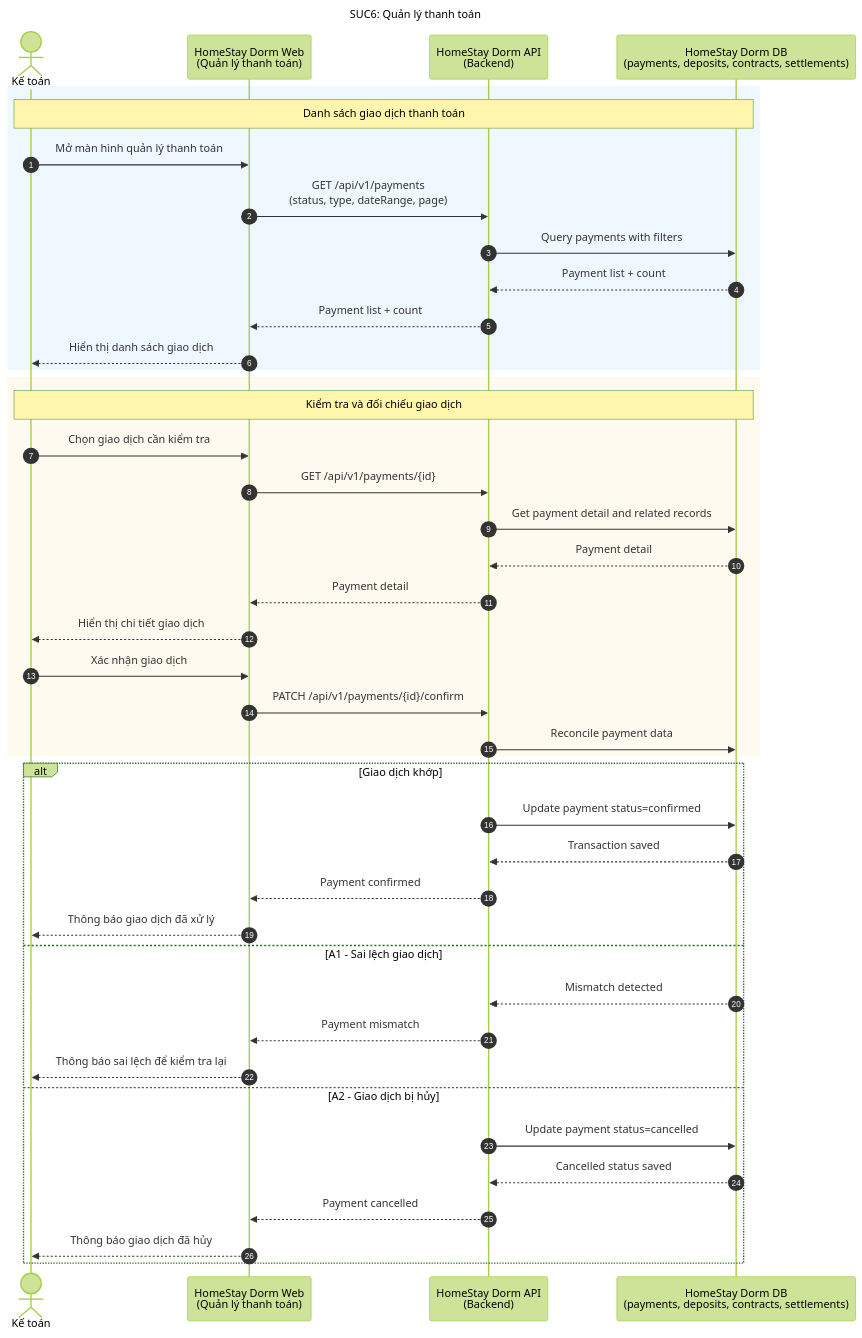
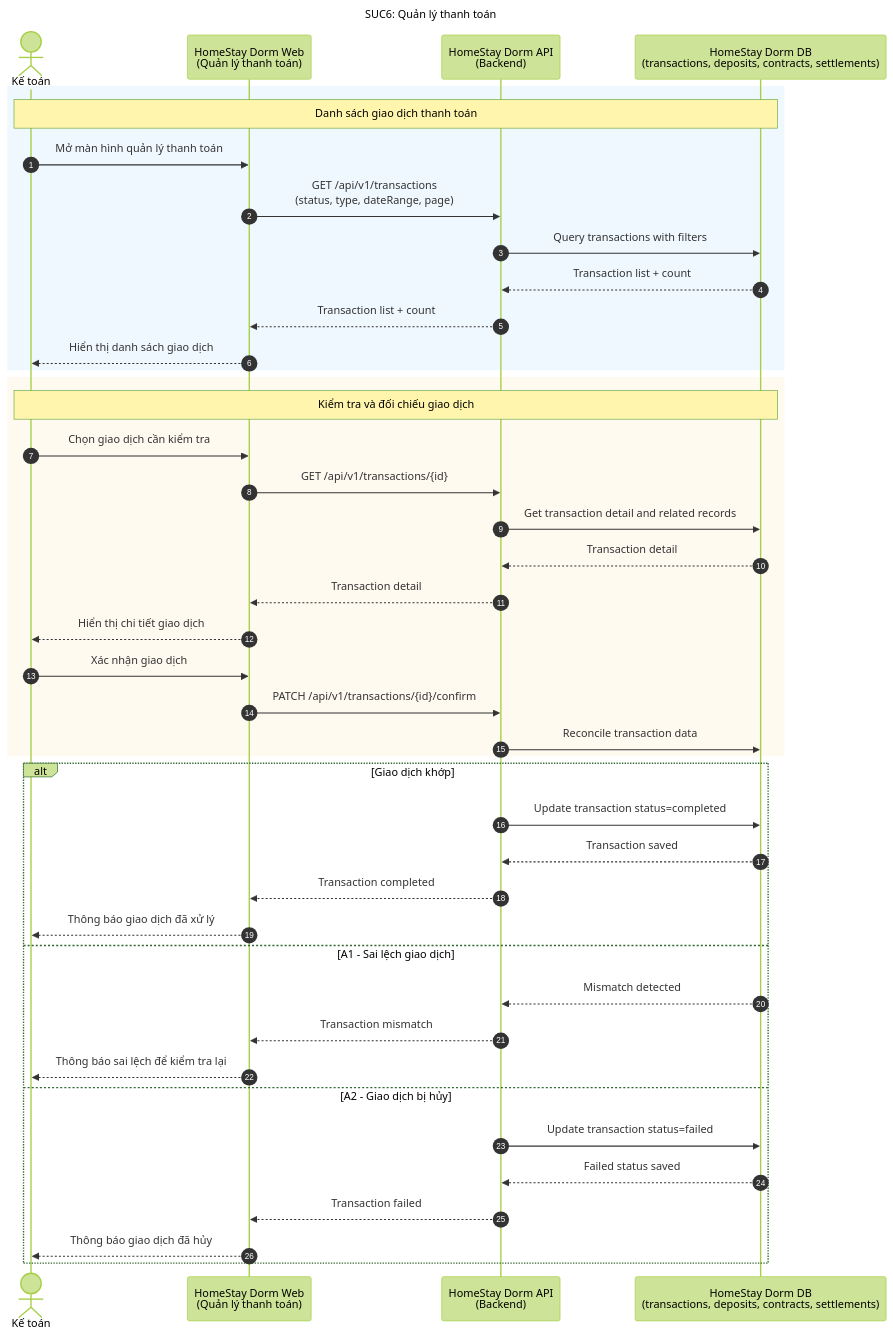
The diagram in docs/SUC/SUC06-quan-ly-thanh-toan.mmd (dinhdaivu/CSC12004_Information-Systems-Analysis-and-Design), drawn with Mermaid (forest theme) before and after one commit. The commit also changed 11 other files, not shown here.

```diff
--- a/docs/SUC/SUC06-quan-ly-thanh-toan.mmd
+++ b/docs/SUC/SUC06-quan-ly-thanh-toan.mmd
@@ -1,46 +1,46 @@
 sequenceDiagram
     title SUC6: Quản lý thanh toán
     autonumber
     actor A as Kế toán
     participant Web as HomeStay Dorm Web<br/>(Quản lý thanh toán)
     participant API as HomeStay Dorm API<br/>(Backend)
-    participant DB as HomeStay Dorm DB<br/>(payments, deposits, contracts, settlements)
+    participant DB as HomeStay Dorm DB<br/>(transactions, deposits, contracts, settlements)
 
     rect rgb(240, 248, 255)
         Note over A, DB: Danh sách giao dịch thanh toán
         A->>Web: Mở màn hình quản lý thanh toán
-        Web->>API: GET /api/v1/payments<br/>(status, type, dateRange, page)
-        API->>DB: Query payments with filters
-        DB-->>API: Payment list + count
-        API-->>Web: Payment list + count
+        Web->>API: GET /api/v1/transactions<br/>(status, type, dateRange, page)
+        API->>DB: Query transactions with filters
+        DB-->>API: Transaction list + count
+        API-->>Web: Transaction list + count
         Web-->>A: Hiển thị danh sách giao dịch
     end
 
     rect rgb(255, 250, 240)
         Note over A, DB: Kiểm tra và đối chiếu giao dịch
         A->>Web: Chọn giao dịch cần kiểm tra
-        Web->>API: GET /api/v1/payments/{id}
-        API->>DB: Get payment detail and related records
-        DB-->>API: Payment detail
-        API-->>Web: Payment detail
+        Web->>API: GET /api/v1/transactions/{id}
+        API->>DB: Get transaction detail and related records
+        DB-->>API: Transaction detail
+        API-->>Web: Transaction detail
         Web-->>A: Hiển thị chi tiết giao dịch
         A->>Web: Xác nhận giao dịch
-        Web->>API: PATCH /api/v1/payments/{id}/confirm
-        API->>DB: Reconcile payment data
+        Web->>API: PATCH /api/v1/transactions/{id}/confirm
+        API->>DB: Reconcile transaction data
     end
 
     alt Giao dịch khớp
-        API->>DB: Update payment status=confirmed
+        API->>DB: Update transaction status=completed
         DB-->>API: Transaction saved
-        API-->>Web: Payment confirmed
+        API-->>Web: Transaction completed
         Web-->>A: Thông báo giao dịch đã xử lý
     else A1 - Sai lệch giao dịch
         DB-->>API: Mismatch detected
-        API-->>Web: Payment mismatch
+        API-->>Web: Transaction mismatch
         Web-->>A: Thông báo sai lệch để kiểm tra lại
     else A2 - Giao dịch bị hủy
-        API->>DB: Update payment status=cancelled
-        DB-->>API: Cancelled status saved
-        API-->>Web: Payment cancelled
+        API->>DB: Update transaction status=failed
+        DB-->>API: Failed status saved
+        API-->>Web: Transaction failed
         Web-->>A: Thông báo giao dịch đã hủy
     end
```
